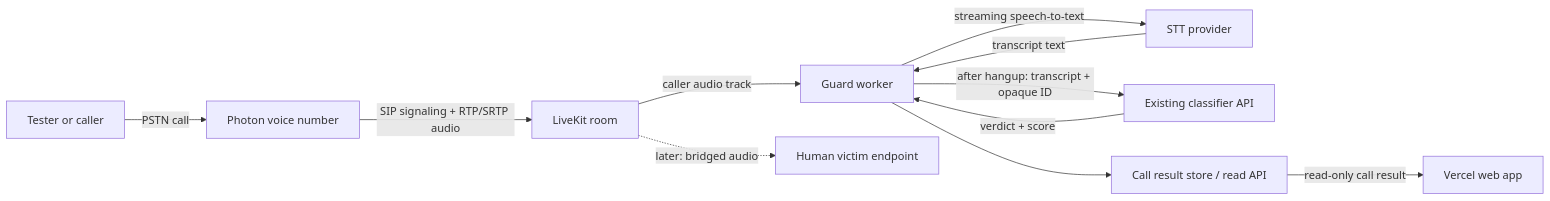
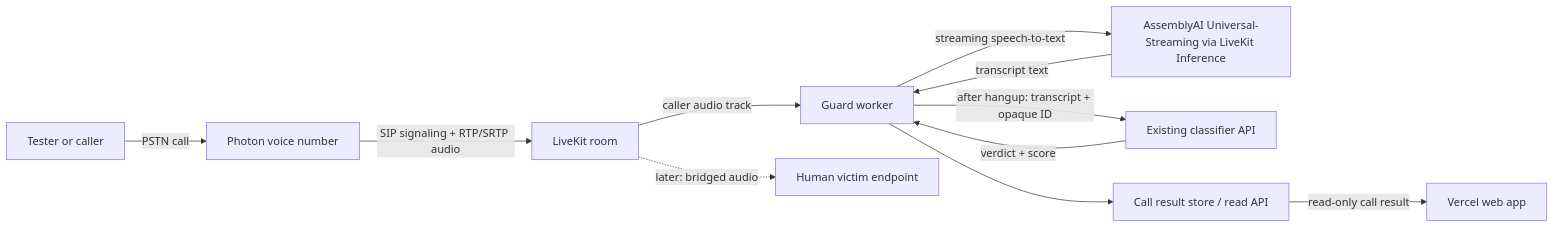
One commit to tuann72/HackUTD changed the diagram in .plans/voice-scam-guard-spec.md. Above: the diagram before and after it, drawn with Mermaid. The commit also changed other lines of this file and 4 other files, not shown here.

First line of the commit message:
docs: select voice guard STT provider

````diff
--- a/.plans/voice-scam-guard-spec.md
+++ b/.plans/voice-scam-guard-spec.md
@@ -49,13 +50,13 @@
 ```mermaid
 flowchart LR
     C[Tester or caller] -->|PSTN call| P[Photon voice number]
     P -->|SIP signaling + RTP/SRTP audio| LK[LiveKit room]
     LK -->|caller audio track| G[Guard worker]
-    G -->|streaming speech-to-text| STT[STT provider]
+    G -->|streaming speech-to-text| STT[AssemblyAI Universal-Streaming via LiveKit Inference]
     STT -->|transcript text| G
     G -->|after hangup: transcript + opaque ID| CL[Existing classifier API]
     CL -->|verdict + score| G
     G --> DB[Call result store / read API]
     DB -->|read-only call result| UI[Vercel web app]
     LK -. later: bridged audio .-> V[Human victim endpoint]
 ```
````
